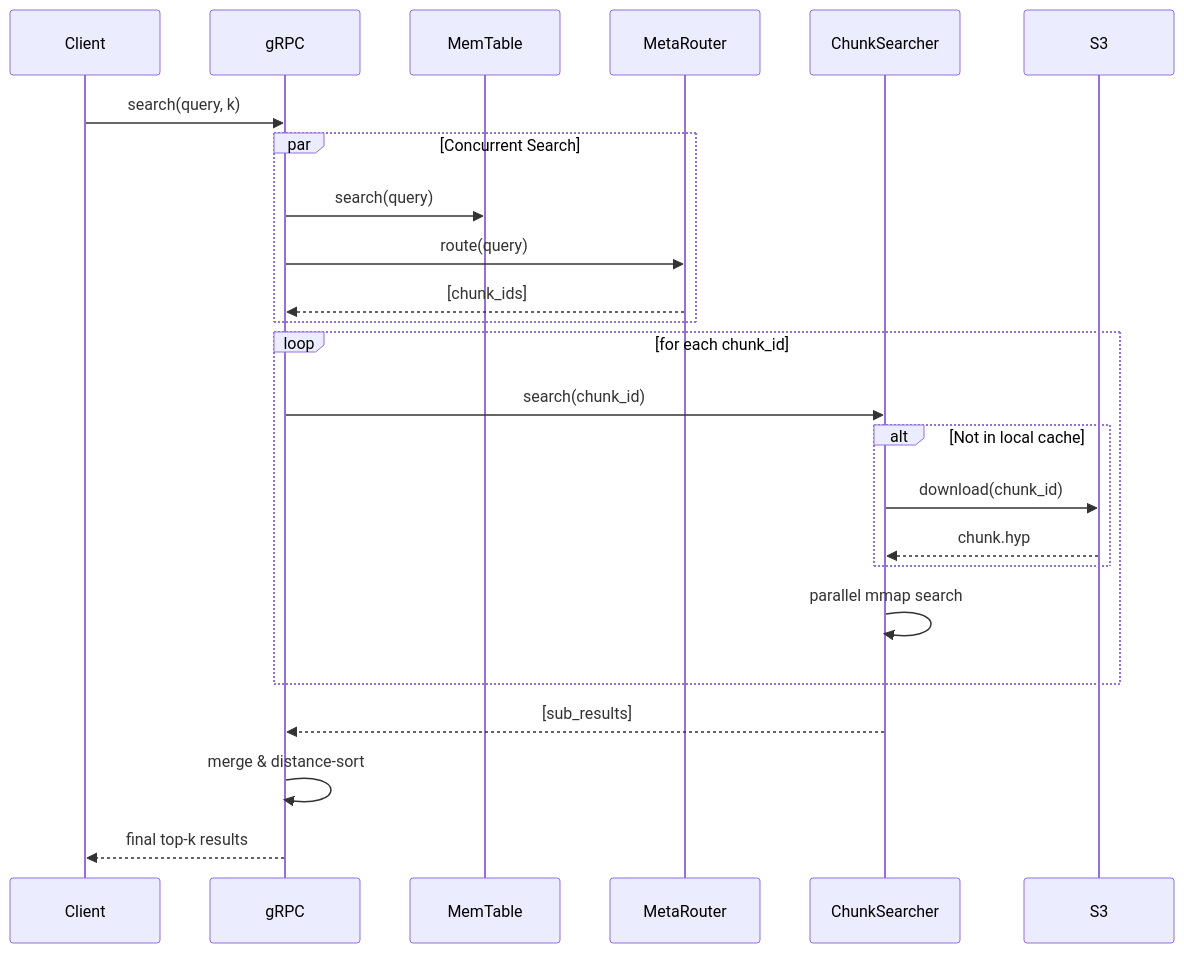
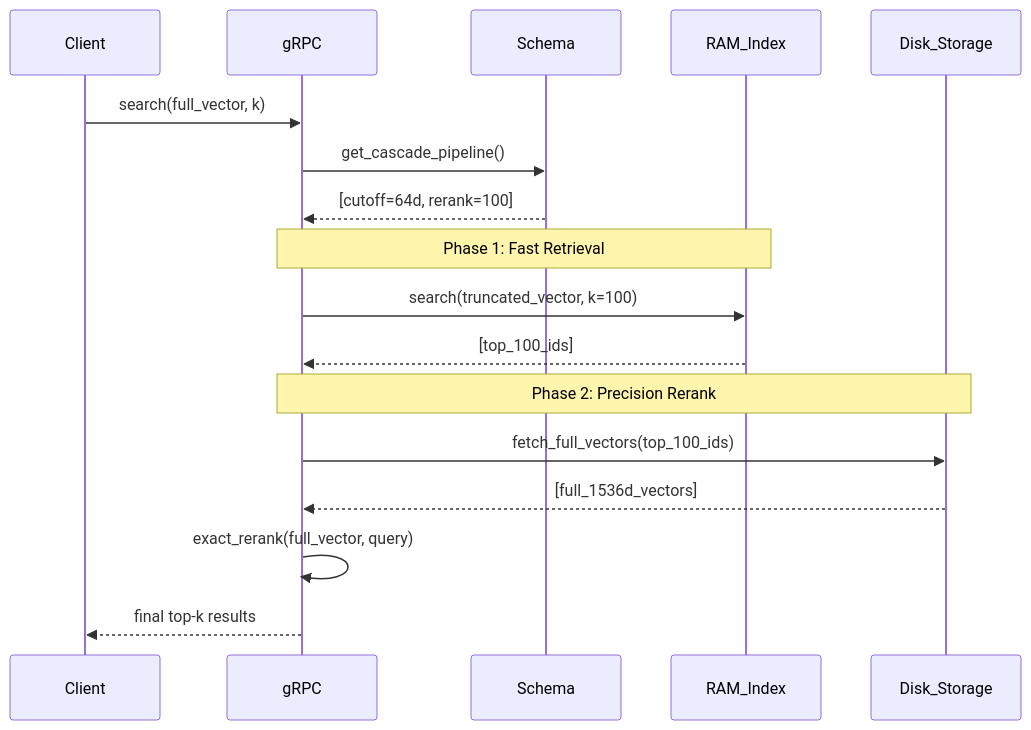
The third of 7 diagrams in docs/ARCHITECTURE.md (YARlabs/hyperspace-db), drawn with Mermaid before and after one commit. The commit also changed other lines of this file and 74 other files, not shown here.

````diff
--- a/docs/ARCHITECTURE.md
+++ b/docs/ARCHITECTURE.md
@@ -97,29 +96,23 @@
 ```mermaid
 sequenceDiagram
     participant Client
     participant gRPC
-    participant MemTable
-    participant MetaRouter
-    participant ChunkSearcher
-    participant S3
+    participant Schema
+    participant RAM_Index
+    participant Disk_Storage
     
-    Client->>gRPC: search(query, k)
-    par Concurrent Search
-        gRPC->>MemTable: search(query)
-        gRPC->>MetaRouter: route(query)
-        MetaRouter-->>gRPC: [chunk_ids]
-    end
+    Client->>gRPC: search(full_vector, k)
+    gRPC->>Schema: get_cascade_pipeline()
+    Schema-->>gRPC: [cutoff=64d, rerank=100]
     
-    loop for each chunk_id
-        gRPC->>ChunkSearcher: search(chunk_id)
-        alt Not in local cache
-            ChunkSearcher->>S3: download(chunk_id)
-            S3-->>ChunkSearcher: chunk.hyp
-        end
-        ChunkSearcher->>ChunkSearcher: parallel mmap search
-    end
+    Note over gRPC, RAM_Index: Phase 1: Fast Retrieval
+    gRPC->>RAM_Index: search(truncated_vector, k=100)
+    RAM_Index-->>gRPC: [top_100_ids]
     
-    ChunkSearcher-->>gRPC: [sub_results]
-    gRPC->>gRPC: merge & distance-sort
+    Note over gRPC, Disk_Storage: Phase 2: Precision Rerank
+    gRPC->>Disk_Storage: fetch_full_vectors(top_100_ids)
+    Disk_Storage-->>gRPC: [full_1536d_vectors]
+    gRPC->>gRPC: exact_rerank(full_vector, query)
+    
     gRPC-->>Client: final top-k results
 ```
````
